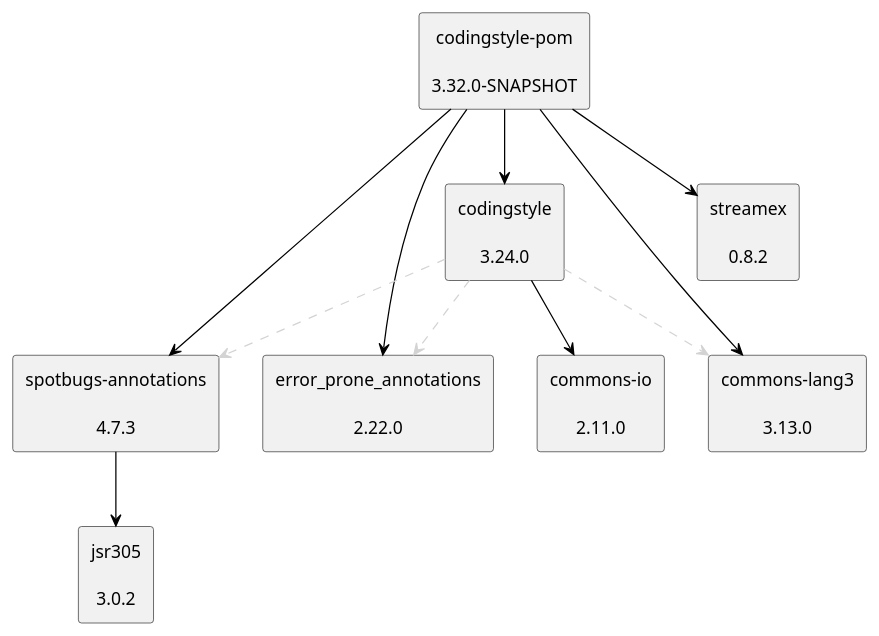
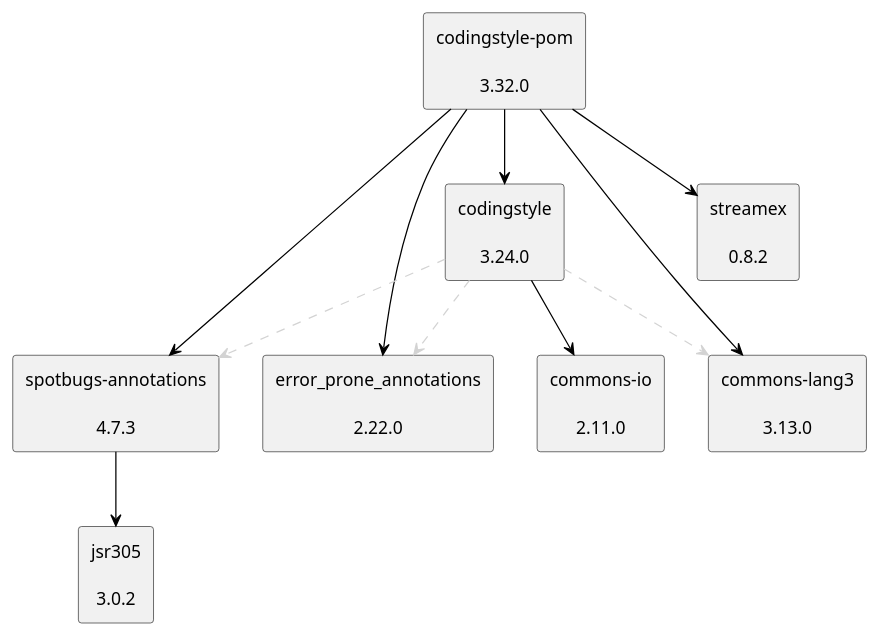
One commit to uhafner/codingstyle-pom changed the diagram in doc/dependency-graph.puml. Above: the diagram before and after it, drawn with PlantUML. The commit also changed 1 other file, not shown here.

```diff
--- a/doc/dependency-graph.puml
+++ b/doc/dependency-graph.puml
@@ -1,27 +1,27 @@
 @startuml
 skinparam defaultTextAlignment center
 skinparam rectangle {
   BackgroundColor<<optional>> beige
   BackgroundColor<<test>> lightGreen
   BackgroundColor<<runtime>> lightBlue
   BackgroundColor<<provided>> lightGray
 }
 rectangle "spotbugs-annotations\n\n4.7.3" as com_github_spotbugs_spotbugs_annotations_jar
 rectangle "jsr305\n\n3.0.2" as com_google_code_findbugs_jsr305_jar
-rectangle "codingstyle-pom\n\n3.32.0-SNAPSHOT" as edu_hm_hafner_codingstyle_pom_pom
+rectangle "codingstyle-pom\n\n3.32.0" as edu_hm_hafner_codingstyle_pom_pom
 rectangle "error_prone_annotations\n\n2.22.0" as com_google_errorprone_error_prone_annotations_jar
 rectangle "streamex\n\n0.8.2" as one_util_streamex_jar
 rectangle "codingstyle\n\n3.24.0" as edu_hm_hafner_codingstyle_jar
 rectangle "commons-lang3\n\n3.13.0" as org_apache_commons_commons_lang3_jar
 rectangle "commons-io\n\n2.11.0" as commons_io_commons_io_jar
 com_github_spotbugs_spotbugs_annotations_jar -[#000000]-> com_google_code_findbugs_jsr305_jar
 edu_hm_hafner_codingstyle_pom_pom -[#000000]-> com_github_spotbugs_spotbugs_annotations_jar
 edu_hm_hafner_codingstyle_pom_pom -[#000000]-> com_google_errorprone_error_prone_annotations_jar
 edu_hm_hafner_codingstyle_pom_pom -[#000000]-> one_util_streamex_jar
 edu_hm_hafner_codingstyle_jar .[#D3D3D3].> com_github_spotbugs_spotbugs_annotations_jar
 edu_hm_hafner_codingstyle_jar .[#D3D3D3].> com_google_errorprone_error_prone_annotations_jar
 edu_hm_hafner_codingstyle_jar .[#D3D3D3].> org_apache_commons_commons_lang3_jar
 edu_hm_hafner_codingstyle_jar -[#000000]-> commons_io_commons_io_jar
 edu_hm_hafner_codingstyle_pom_pom -[#000000]-> edu_hm_hafner_codingstyle_jar
 edu_hm_hafner_codingstyle_pom_pom -[#000000]-> org_apache_commons_commons_lang3_jar
 @enduml
```
